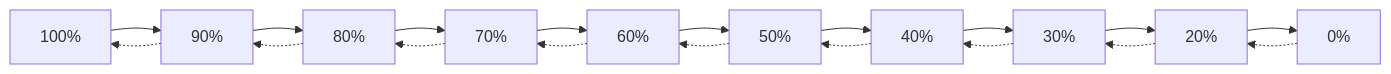
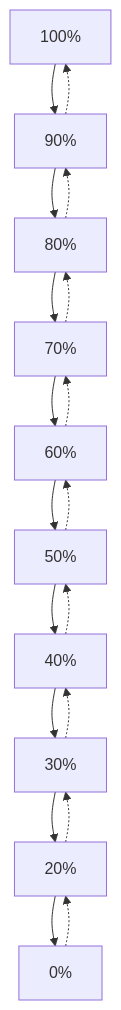
The fourth of 4 diagrams in README.md (ToMiDevelop/ESPHome-Smart-Plant-Light), drawn with Mermaid before and after one commit.

Commit message:
Light cycle clerarer view

````diff
--- a/README.md
+++ b/README.md
@@ -60,21 +60,21 @@
 ```mermaid
-  graph LR;
+  graph TD;
     1[100%]-->2[90%];
     2-->3[80%];
     3-->4[70%];
     4-->5[60%];
     5-->6[50%];
     6-->7[40%];
     7-->8[30%];
     8-->9[20%];
     9-->10[0%];
     10-.->9
     9-.->8
     8-.->7
     7-.->6
     6-.->5
     5-.->4
     4-.->3
     3-.->2
     2-.->1              
 ```
````
